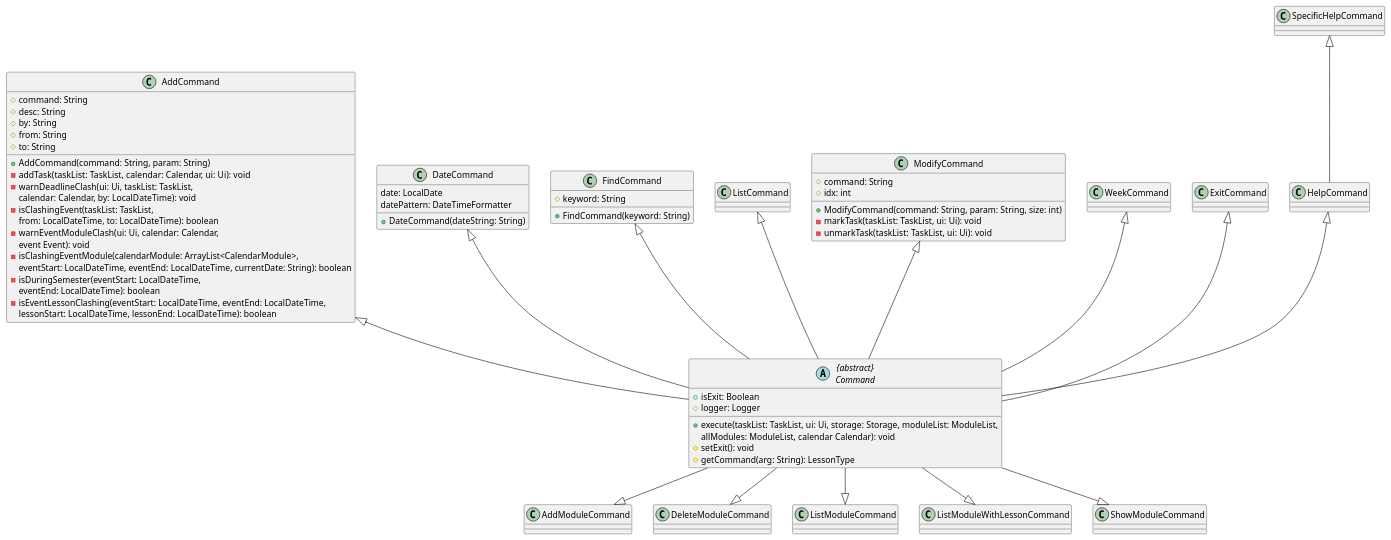
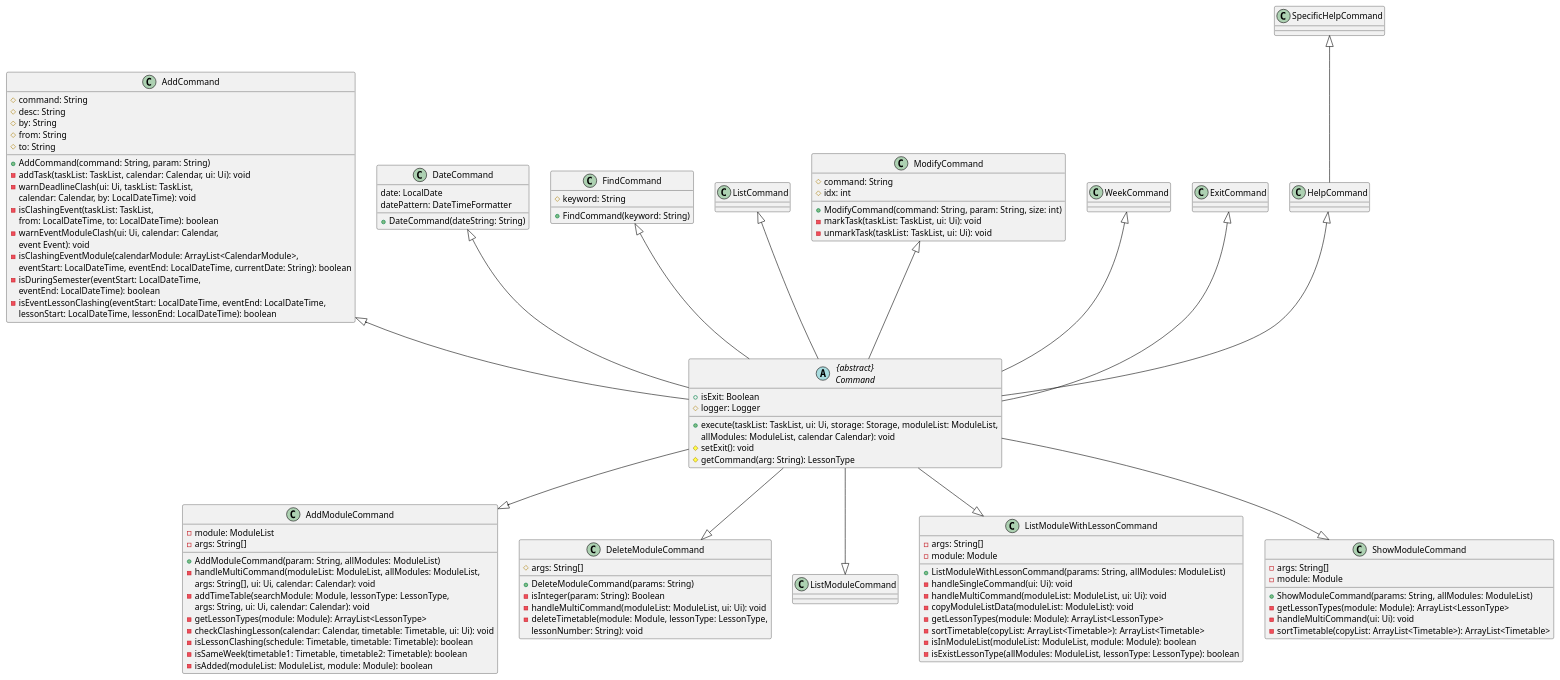
Before and after one commit to nus-cs2113-AY2223S2/tp: the diagram in docs/uml-source/class/Command.puml, drawn with PlantUML. The commit also changed 3 other files, not shown here.

Commit message:
Class diagram: Module Commands

```diff
--- a/docs/uml-source/class/Command.puml
+++ b/docs/uml-source/class/Command.puml
@@ -1,91 +1,128 @@
 @startuml
 'https://plantuml.com/class-diagram
 'skinparam classAttributeIconSize 0
 
 abstract class "{abstract}\nCommand" as Command {
 + isExit: Boolean
 # logger: Logger
 + execute(taskList: TaskList, ui: Ui, storage: Storage, moduleList: ModuleList,
 allModules: ModuleList, calendar Calendar): void
 # setExit(): void
 # getCommand(arg: String): LessonType
 }
 
 class AddCommand {
 # command: String
 # desc: String
 # by: String
 # from: String
 # to: String
 __
 + AddCommand(command: String, param: String)
 - addTask(taskList: TaskList, calendar: Calendar, ui: Ui): void
 - warnDeadlineClash(ui: Ui, taskList: TaskList,
 calendar: Calendar, by: LocalDateTime): void
 - isClashingEvent(taskList: TaskList,
 from: LocalDateTime, to: LocalDateTime): boolean
 - warnEventModuleClash(ui: Ui, calendar: Calendar,
 event Event): void
 - isClashingEventModule(calendarModule: ArrayList<CalendarModule>,
 eventStart: LocalDateTime, eventEnd: LocalDateTime, currentDate: String): boolean
 - isDuringSemester(eventStart: LocalDateTime,
 eventEnd: LocalDateTime): boolean
 - isEventLessonClashing(eventStart: LocalDateTime, eventEnd: LocalDateTime,
 lessonStart: LocalDateTime, lessonEnd: LocalDateTime): boolean
 }
 AddCommand <|-- Command
 
 class DateCommand {
 date: LocalDate
 datePattern: DateTimeFormatter
 + DateCommand(dateString: String)
 }
 DateCommand <|-- Command
 
 class FindCommand{
 # keyword: String
 + FindCommand(keyword: String)
 }
 FindCommand <|-- Command
 
 class ListCommand
 ListCommand <|-- Command
 
 class ModifyCommand{
 # command: String
 # idx: int
 +ModifyCommand(command: String, param: String, size: int)
 -markTask(taskList: TaskList, ui: Ui): void
 -unmarkTask(taskList: TaskList, ui: Ui): void
 }
 ModifyCommand <|-- Command
 
 class WeekCommand
 WeekCommand <|-- Command
 
 class ExitCommand
 ExitCommand <|-- Command
 
 class HelpCommand
 HelpCommand <|-- Command
 
-class SpecificHelpCommand {
-}
+class SpecificHelpCommand
 SpecificHelpCommand <|-- HelpCommand
 
-class AddModuleCommand
+class AddModuleCommand {
+- module: ModuleList
+- args: String[]
++ AddModuleCommand(param: String, allModules: ModuleList)
+- handleMultiCommand(moduleList: ModuleList, allModules: ModuleList,
+args: String[], ui: Ui, calendar: Calendar): void
+- addTimeTable(searchModule: Module, lessonType: LessonType,
+args: String, ui: Ui, calendar: Calendar): void
+- getLessonTypes(module: Module): ArrayList<LessonType>
+- checkClashingLesson(calendar: Calendar, timetable: Timetable, ui: Ui): void
+- isLessonClashing(schedule: Timetable, timetable: Timetable): boolean
+- isSameWeek(timetable1: Timetable, timetable2: Timetable): boolean
+- isAdded(moduleList: ModuleList, module: Module): boolean
+}
 Command --|> AddModuleCommand
 
-class DeleteModuleCommand
+class DeleteModuleCommand{
+# args: String[]
++ DeleteModuleCommand(params: String)
+- isInteger(param: String): Boolean
+- handleMultiCommand(moduleList: ModuleList, ui: Ui): void
+- deleteTimetable(module: Module, lessonType: LessonType,
+lessonNumber: String): void
+}
 Command --|> DeleteModuleCommand
 
 class ListModuleCommand
 Command --|> ListModuleCommand
 
-class ListModuleWithLessonCommand
+class ListModuleWithLessonCommand {
+- args: String[]
+- module: Module
++ ListModuleWithLessonCommand(params: String, allModules: ModuleList)
+- handleSingleCommand(ui: Ui): void
+- handleMultiCommand(moduleList: ModuleList, ui: Ui): void
+- copyModuleListData(moduleList: ModuleList): void
+- getLessonTypes(module: Module): ArrayList<LessonType>
+- sortTimetable(copyList: ArrayList<Timetable>): ArrayList<Timetable>
+- isInModuleList(moduleList: ModuleList, module: Module): boolean
+- isExistLessonType(allModules: ModuleList, lessonType: LessonType): boolean
+}
 Command --|> ListModuleWithLessonCommand
 
-class ShowModuleCommand
+class ShowModuleCommand {
+- args: String[]
+- module: Module
++ ShowModuleCommand(params: String, allModules: ModuleList)
+- getLessonTypes(module: Module): ArrayList<LessonType>
+- handleMultiCommand(ui: Ui): void
+- sortTimetable(copyList: ArrayList<Timetable>): ArrayList<Timetable>
+}
 Command --|> ShowModuleCommand
 
 @enduml
```
